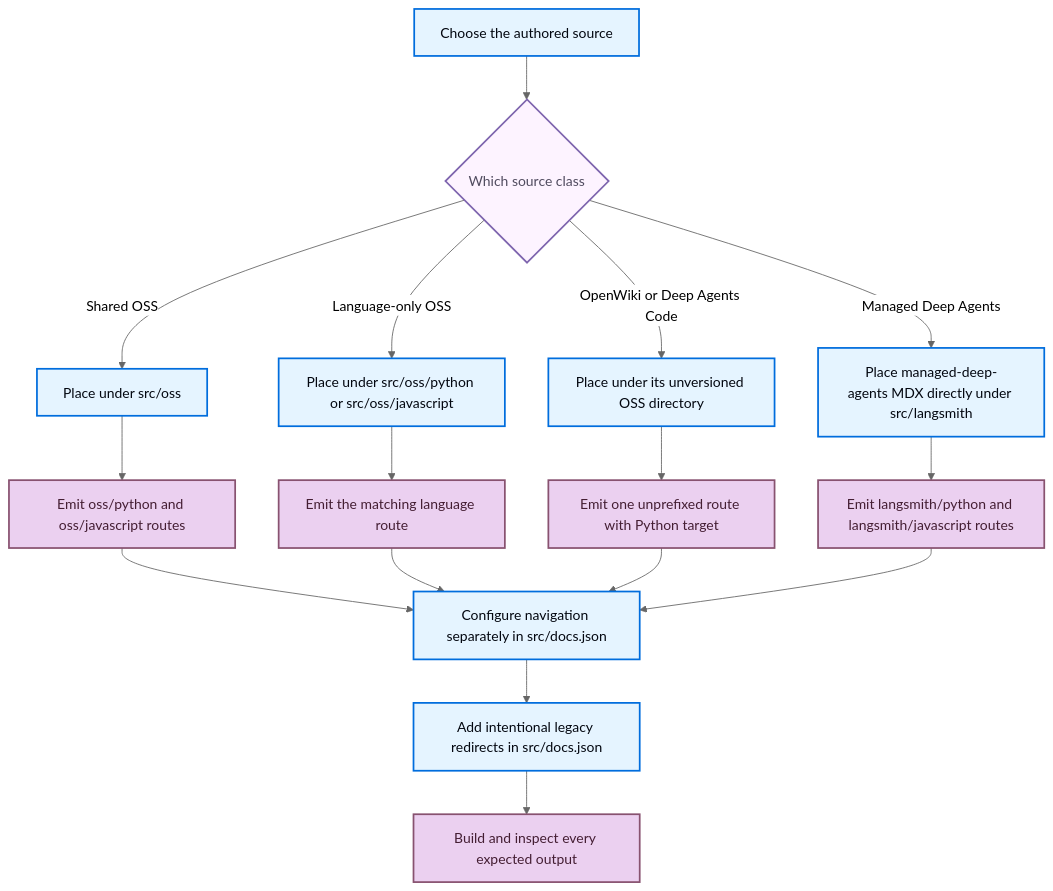
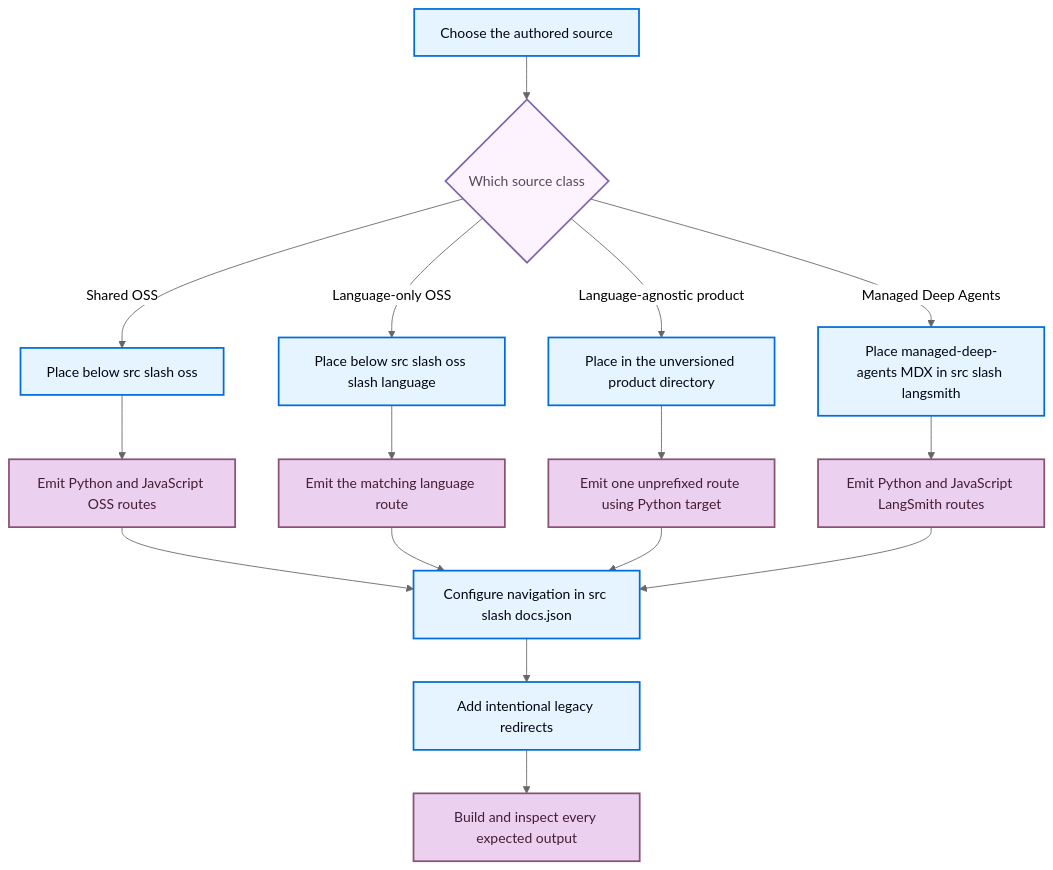
Before and after one commit to langchain-ai/docs: the diagram in openwiki/workflows/versioned-content.md, drawn with Mermaid (neutral theme). The commit also changed other lines of this file and 21 other files, not shown here.

Commit message:
docs: update OpenWiki

````diff
--- a/openwiki/workflows/versioned-content.md
+++ b/openwiki/workflows/versioned-content.md
@@ -37,25 +37,25 @@
 ```mermaid
 flowchart TD
     Start["Choose the authored source"] --> Ownership{"Which source class"}
-    Ownership -->|Shared OSS| Shared["Place under src/oss"]
-    Ownership -->|Language-only OSS| Specific["Place under src/oss/python or src/oss/javascript"]
-    Ownership -->|OpenWiki or Deep Agents Code| Unversioned["Place under its unversioned OSS directory"]
-    Ownership -->|Managed Deep Agents| MDA["Place managed-deep-agents MDX directly under src/langsmith"]
-    Shared --> Dual["Emit oss/python and oss/javascript routes"]
+    Ownership -->|Shared OSS| Shared["Place below src slash oss"]
+    Ownership -->|Language-only OSS| Specific["Place below src slash oss slash language"]
+    Ownership -->|Language-agnostic product| Unversioned["Place in the unversioned product directory"]
+    Ownership -->|Managed Deep Agents| MDA["Place managed-deep-agents MDX in src slash langsmith"]
+    Shared --> Dual["Emit Python and JavaScript OSS routes"]
     Specific --> One["Emit the matching language route"]
-    Unversioned --> Default["Emit one unprefixed route with Python target"]
-    MDA --> MDADual["Emit langsmith/python and langsmith/javascript routes"]
-    Dual --> Nav["Configure navigation separately in src/docs.json"]
+    Unversioned --> Default["Emit one unprefixed route using Python target"]
+    MDA --> MDADual["Emit Python and JavaScript LangSmith routes"]
+    Dual --> Nav["Configure navigation in src slash docs.json"]
     One --> Nav
     Default --> Nav
     MDADual --> Nav
-    Nav --> Redirects["Add intentional legacy redirects in src/docs.json"]
+    Nav --> Redirects["Add intentional legacy redirects"]
     Redirects --> Inspect["Build and inspect every expected output"]
 
     classDef process fill:#E5F4FF,stroke:#006DDD,stroke-width:2px,color:#030710
     classDef decision fill:#FDF3FF,stroke:#7E65AE,stroke-width:2px,color:#504B5F
     classDef output fill:#EBD0F0,stroke:#885270,stroke-width:2px,color:#441E33
     class Start,Shared,Specific,Unversioned,MDA,Nav,Redirects process
     class Ownership decision
     class Dual,One,Default,MDADual,Inspect output
 ```
````
